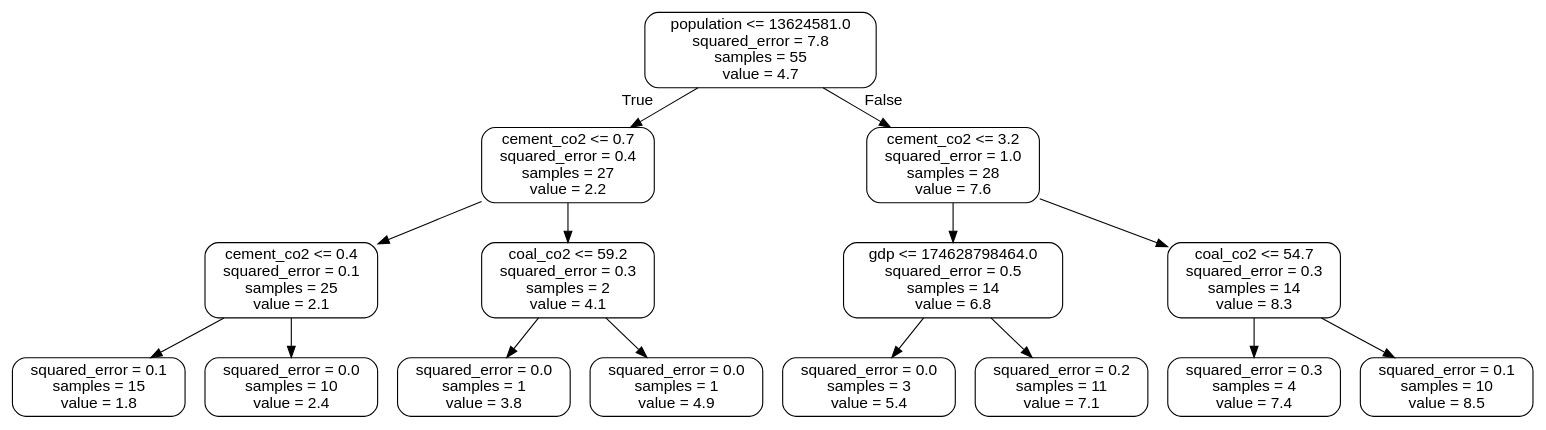
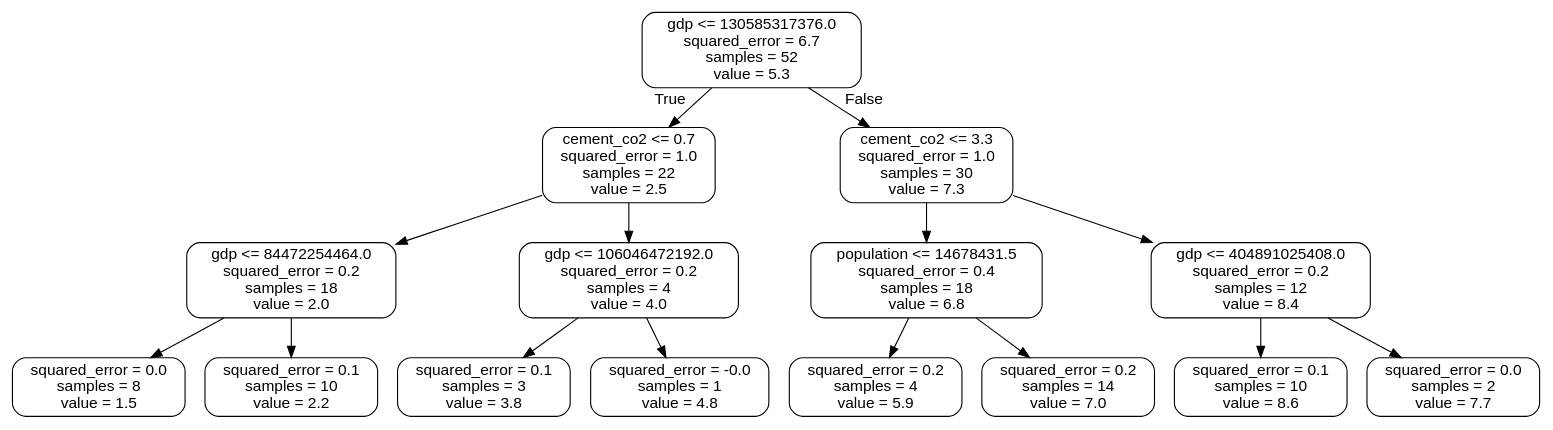
Before and after one commit to L-dos-Santos/final-project: the diagram in small_tree.dot, drawn with Graphviz. The commit also changed 2 other files, not shown here.

```diff
--- a/small_tree.dot
+++ b/small_tree.dot
@@ -1,33 +1,33 @@
 digraph Tree {
 node [shape=box, style="rounded", color="black", fontname="helvetica"] ;
 edge [fontname="helvetica"] ;
-0 [label="population <= 13624581.0\nsquared_error = 7.8\nsamples = 55\nvalue = 4.7"] ;
-1 [label="cement_co2 <= 0.7\nsquared_error = 0.4\nsamples = 27\nvalue = 2.2"] ;
+0 [label="gdp <= 130585317376.0\nsquared_error = 6.7\nsamples = 52\nvalue = 5.3"] ;
+1 [label="cement_co2 <= 0.7\nsquared_error = 1.0\nsamples = 22\nvalue = 2.5"] ;
 0 -> 1 [labeldistance=2.5, labelangle=45, headlabel="True"] ;
-2 [label="cement_co2 <= 0.4\nsquared_error = 0.1\nsamples = 25\nvalue = 2.1"] ;
+2 [label="gdp <= 84472254464.0\nsquared_error = 0.2\nsamples = 18\nvalue = 2.0"] ;
 1 -> 2 ;
-3 [label="squared_error = 0.1\nsamples = 15\nvalue = 1.8"] ;
+3 [label="squared_error = 0.0\nsamples = 8\nvalue = 1.5"] ;
 2 -> 3 ;
-4 [label="squared_error = 0.0\nsamples = 10\nvalue = 2.4"] ;
+4 [label="squared_error = 0.1\nsamples = 10\nvalue = 2.2"] ;
 2 -> 4 ;
-5 [label="coal_co2 <= 59.2\nsquared_error = 0.3\nsamples = 2\nvalue = 4.1"] ;
+5 [label="gdp <= 106046472192.0\nsquared_error = 0.2\nsamples = 4\nvalue = 4.0"] ;
 1 -> 5 ;
-6 [label="squared_error = 0.0\nsamples = 1\nvalue = 3.8"] ;
+6 [label="squared_error = 0.1\nsamples = 3\nvalue = 3.8"] ;
 5 -> 6 ;
-7 [label="squared_error = 0.0\nsamples = 1\nvalue = 4.9"] ;
+7 [label="squared_error = -0.0\nsamples = 1\nvalue = 4.8"] ;
 5 -> 7 ;
-8 [label="cement_co2 <= 3.2\nsquared_error = 1.0\nsamples = 28\nvalue = 7.6"] ;
+8 [label="cement_co2 <= 3.3\nsquared_error = 1.0\nsamples = 30\nvalue = 7.3"] ;
 0 -> 8 [labeldistance=2.5, labelangle=-45, headlabel="False"] ;
-9 [label="gdp <= 174628798464.0\nsquared_error = 0.5\nsamples = 14\nvalue = 6.8"] ;
+9 [label="population <= 14678431.5\nsquared_error = 0.4\nsamples = 18\nvalue = 6.8"] ;
 8 -> 9 ;
-10 [label="squared_error = 0.0\nsamples = 3\nvalue = 5.4"] ;
+10 [label="squared_error = 0.2\nsamples = 4\nvalue = 5.9"] ;
 9 -> 10 ;
-11 [label="squared_error = 0.2\nsamples = 11\nvalue = 7.1"] ;
+11 [label="squared_error = 0.2\nsamples = 14\nvalue = 7.0"] ;
 9 -> 11 ;
-12 [label="coal_co2 <= 54.7\nsquared_error = 0.3\nsamples = 14\nvalue = 8.3"] ;
+12 [label="gdp <= 404891025408.0\nsquared_error = 0.2\nsamples = 12\nvalue = 8.4"] ;
 8 -> 12 ;
-13 [label="squared_error = 0.3\nsamples = 4\nvalue = 7.4"] ;
+13 [label="squared_error = 0.1\nsamples = 10\nvalue = 8.6"] ;
 12 -> 13 ;
-14 [label="squared_error = 0.1\nsamples = 10\nvalue = 8.5"] ;
+14 [label="squared_error = 0.0\nsamples = 2\nvalue = 7.7"] ;
 12 -> 14 ;
 }
```
